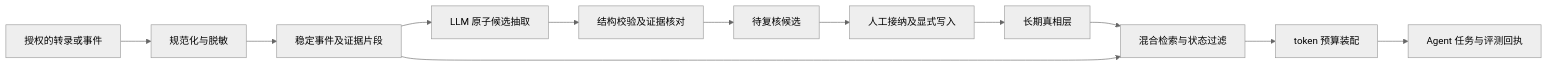
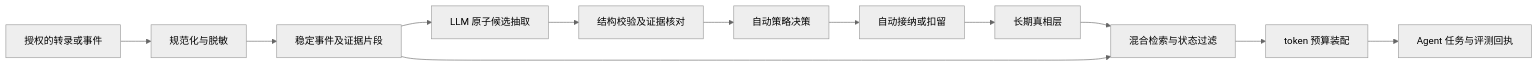
Before and after one commit to Old-Friends-Gathering/sedimem: the diagram in docs/plans/future-architecture.md, drawn with Mermaid (neutral theme). The commit also changed other lines of this file and 23 other files, not shown here.

````diff
--- a/docs/plans/future-architecture.md
+++ b/docs/plans/future-architecture.md
@@ -80,14 +89,14 @@
 ```mermaid
 flowchart LR
     A[授权的转录或事件] --> B[规范化与脱敏]
     B --> C[稳定事件及证据片段]
     C --> D[LLM 原子候选抽取]
     D --> E[结构校验及证据核对]
-    E --> F[待复核候选]
-    F --> G[人工接纳及显式写入]
+    E --> F[自动策略决策]
+    F --> G[自动接纳或扣留]
     G --> H[长期真相层]
     H --> I[混合检索与状态过滤]
     C --> I
     I --> J[token 预算装配]
     J --> K[Agent 任务与评测回执]
 ```
````
